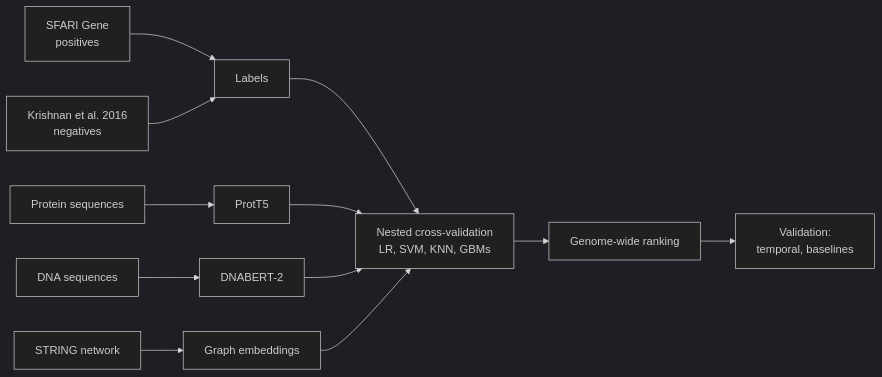
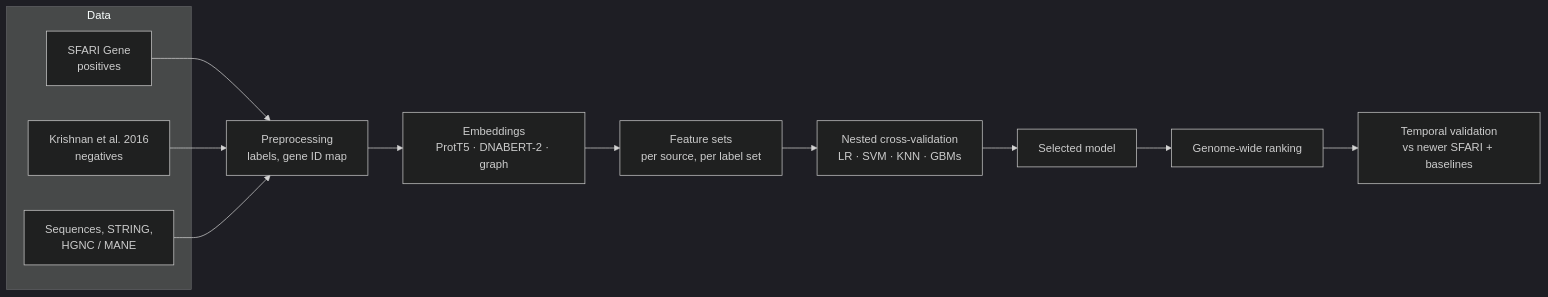
One commit to joao-ps-inacio/Asd_gene_predict changed the diagram in README.md. Above: the diagram before and after it, drawn with Mermaid (dark theme). The commit also changed other lines of this file and 8 other files, not shown here.

````diff
--- a/README.md
+++ b/README.md
@@ -34,14 +43,17 @@
 ```mermaid
 flowchart LR
-    A[SFARI Gene<br/>positives] --> L[Labels]
-    B[Krishnan et al. 2016<br/>negatives] --> L
-    P[Protein sequences] --> E1[ProtT5]
-    D[DNA sequences] --> E2[DNABERT-2]
-    S[STRING network] --> E3[Graph embeddings]
-    L --> M[Nested cross-validation<br/>LR, SVM, KNN, GBMs]
-    E1 --> M
-    E2 --> M
-    E3 --> M
+    subgraph Data
+        S[SFARI Gene<br/>positives]
+        K[Krishnan et al. 2016<br/>negatives]
+        G[Sequences, STRING,<br/>HGNC / MANE]
+    end
+    S --> P[Preprocessing<br/>labels, gene ID map]
+    K --> P
+    G --> P
+    P --> E[Embeddings<br/>ProtT5 · DNABERT-2 · graph]
+    E --> F[Feature sets<br/>per source, per label set]
+    F --> CV[Nested cross-validation<br/>LR · SVM · KNN · GBMs]
+    CV --> M[Selected model]
     M --> R[Genome-wide ranking]
-    R --> V[Validation:<br/>temporal, baselines]
+    R --> V[Temporal validation<br/>vs newer SFARI + baselines]
 ```
````
